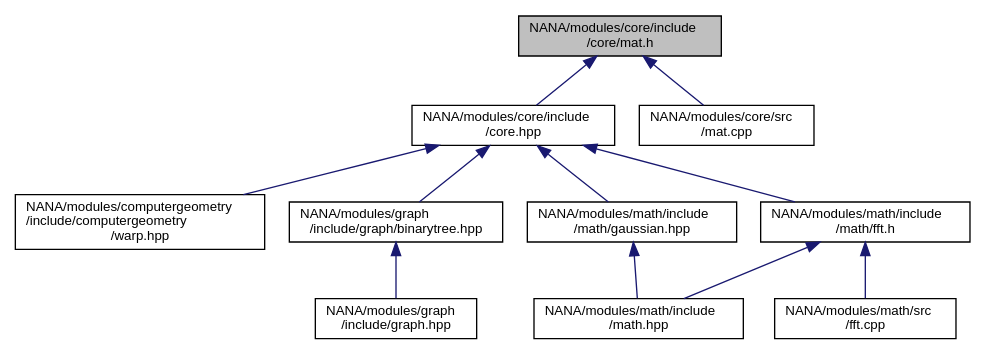
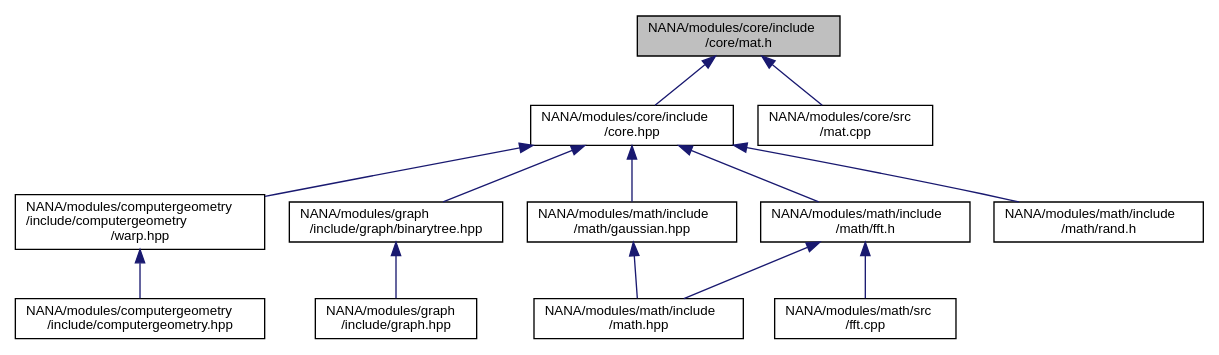
The diagram in docs/mat_8h__dep__incl.dot (YuruTu/NANA), drawn with Graphviz before and after one commit. The commit also changed 105 other files, not shown here.

```diff
--- a/docs/mat_8h__dep__incl.dot
+++ b/docs/mat_8h__dep__incl.dot
@@ -1,26 +1,30 @@
 digraph "NANA/modules/core/include/core/mat.h"
 {
  // LATEX_PDF_SIZE
   edge [fontname="Helvetica",fontsize="10",labelfontname="Helvetica",labelfontsize="10"];
   node [fontname="Helvetica",fontsize="10",shape=record];
   Node1 [label="NANA/modules/core/include\l/core/mat.h",height=0.2,width=0.4,color="black", fillcolor="grey75", style="filled", fontcolor="black",tooltip="实现一个用于矩阵运算的模板类(仍在实现当中)"];
   Node1 -> Node2 [dir="back",color="midnightblue",fontsize="10",style="solid",fontname="Helvetica"];
   Node2 [label="NANA/modules/core/include\l/core.hpp",height=0.2,width=0.4,color="black", fillcolor="white", style="filled",URL="$core_8hpp.html",tooltip="包含基本的数据结构等"];
   Node2 -> Node3 [dir="back",color="midnightblue",fontsize="10",style="solid",fontname="Helvetica"];
   Node3 [label="NANA/modules/computergeometry\l/include/computergeometry\l/warp.hpp",height=0.2,width=0.4,color="black", fillcolor="white", style="filled",URL="$warp_8hpp.html",tooltip="实现点集的仿射变换和透视变换"];
-  Node2 -> Node4 [dir="back",color="midnightblue",fontsize="10",style="solid",fontname="Helvetica"];
-  Node4 [label="NANA/modules/graph\l/include/graph/binarytree.hpp",height=0.2,width=0.4,color="black", fillcolor="white", style="filled",URL="$binarytree_8hpp.html",tooltip="实现二叉树的模板"];
-  Node4 -> Node5 [dir="back",color="midnightblue",fontsize="10",style="solid",fontname="Helvetica"];
-  Node5 [label="NANA/modules/graph\l/include/graph.hpp",height=0.2,width=0.4,color="black", fillcolor="white", style="filled",URL="$graph_8hpp.html",tooltip="实现图论相关算法"];
-  Node2 -> Node6 [dir="back",color="midnightblue",fontsize="10",style="solid",fontname="Helvetica"];
-  Node6 [label="NANA/modules/math/include\l/math/fft.h",height=0.2,width=0.4,color="black", fillcolor="white", style="filled",URL="$fft_8h.html",tooltip="实现傅里叶变换相关算法"];
-  Node6 -> Node7 [dir="back",color="midnightblue",fontsize="10",style="solid",fontname="Helvetica"];
-  Node7 [label="NANA/modules/math/include\l/math.hpp",height=0.2,width=0.4,color="black", fillcolor="white", style="filled",URL="$math_8hpp.html",tooltip="实现基本的数学运算"];
-  Node6 -> Node8 [dir="back",color="midnightblue",fontsize="10",style="solid",fontname="Helvetica"];
-  Node8 [label="NANA/modules/math/src\l/fft.cpp",height=0.2,width=0.4,color="black", fillcolor="white", style="filled",URL="$fft_8cpp_source.html",tooltip=" "];
-  Node2 -> Node9 [dir="back",color="midnightblue",fontsize="10",style="solid",fontname="Helvetica"];
-  Node9 [label="NANA/modules/math/include\l/math/gaussian.hpp",height=0.2,width=0.4,color="black", fillcolor="white", style="filled",URL="$gaussian_8hpp.html",tooltip="实现高斯相关的算法"];
-  Node9 -> Node7 [dir="back",color="midnightblue",fontsize="10",style="solid",fontname="Helvetica"];
-  Node1 -> Node10 [dir="back",color="midnightblue",fontsize="10",style="solid",fontname="Helvetica"];
-  Node10 [label="NANA/modules/core/src\l/mat.cpp",height=0.2,width=0.4,color="black", fillcolor="white", style="filled",URL="$mat_8cpp.html",tooltip="实现Mat的相关功能"];
+  Node3 -> Node4 [dir="back",color="midnightblue",fontsize="10",style="solid",fontname="Helvetica"];
+  Node4 [label="NANA/modules/computergeometry\l/include/computergeometry.hpp",height=0.2,width=0.4,color="black", fillcolor="white", style="filled",URL="$computergeometry_8hpp.html",tooltip="实现计算机几何的相关功能"];
+  Node2 -> Node5 [dir="back",color="midnightblue",fontsize="10",style="solid",fontname="Helvetica"];
+  Node5 [label="NANA/modules/graph\l/include/graph/binarytree.hpp",height=0.2,width=0.4,color="black", fillcolor="white", style="filled",URL="$binarytree_8hpp.html",tooltip="实现二叉树的模板"];
+  Node5 -> Node6 [dir="back",color="midnightblue",fontsize="10",style="solid",fontname="Helvetica"];
+  Node6 [label="NANA/modules/graph\l/include/graph.hpp",height=0.2,width=0.4,color="black", fillcolor="white", style="filled",URL="$graph_8hpp.html",tooltip="实现图论相关算法"];
+  Node2 -> Node7 [dir="back",color="midnightblue",fontsize="10",style="solid",fontname="Helvetica"];
+  Node7 [label="NANA/modules/math/include\l/math/fft.h",height=0.2,width=0.4,color="black", fillcolor="white", style="filled",URL="$fft_8h.html",tooltip="实现傅里叶变换相关算法"];
+  Node7 -> Node8 [dir="back",color="midnightblue",fontsize="10",style="solid",fontname="Helvetica"];
+  Node8 [label="NANA/modules/math/include\l/math.hpp",height=0.2,width=0.4,color="black", fillcolor="white", style="filled",URL="$math_8hpp.html",tooltip="实现基本的数学运算"];
+  Node7 -> Node9 [dir="back",color="midnightblue",fontsize="10",style="solid",fontname="Helvetica"];
+  Node9 [label="NANA/modules/math/src\l/fft.cpp",height=0.2,width=0.4,color="black", fillcolor="white", style="filled",URL="$fft_8cpp_source.html",tooltip=" "];
+  Node2 -> Node10 [dir="back",color="midnightblue",fontsize="10",style="solid",fontname="Helvetica"];
+  Node10 [label="NANA/modules/math/include\l/math/gaussian.hpp",height=0.2,width=0.4,color="black", fillcolor="white", style="filled",URL="$gaussian_8hpp.html",tooltip="实现高斯相关的算法"];
+  Node10 -> Node8 [dir="back",color="midnightblue",fontsize="10",style="solid",fontname="Helvetica"];
+  Node2 -> Node11 [dir="back",color="midnightblue",fontsize="10",style="solid",fontname="Helvetica"];
+  Node11 [label="NANA/modules/math/include\l/math/rand.h",height=0.2,width=0.4,color="black", fillcolor="white", style="filled",URL="$rand_8h_source.html",tooltip=" "];
+  Node1 -> Node12 [dir="back",color="midnightblue",fontsize="10",style="solid",fontname="Helvetica"];
+  Node12 [label="NANA/modules/core/src\l/mat.cpp",height=0.2,width=0.4,color="black", fillcolor="white", style="filled",URL="$mat_8cpp.html",tooltip="实现Mat的相关功能"];
 }
```
